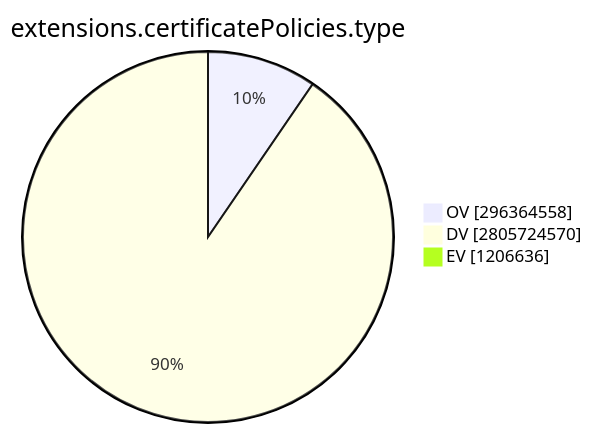
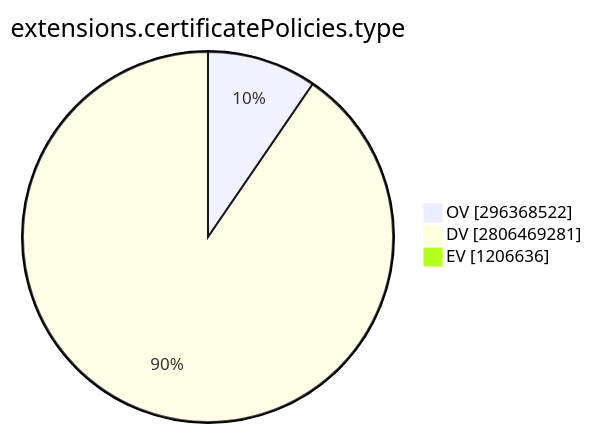
The ninth of 15 diagrams in TOTAL/README.md (christiankrug/ctmonitor_visualization), drawn with Mermaid before and after one commit. The commit also changed other lines of this file, not shown here.

````diff
--- a/TOTAL/README.md
+++ b/TOTAL/README.md
@@ -3099,7 +3099,7 @@
 ```mermaid
 pie showData
 title extensions.certificatePolicies.type
-"OV" :296364558
-"DV" :2805724570
+"OV" :296368522
+"DV" :2806469281
 "EV" :1206636
 ```
````
